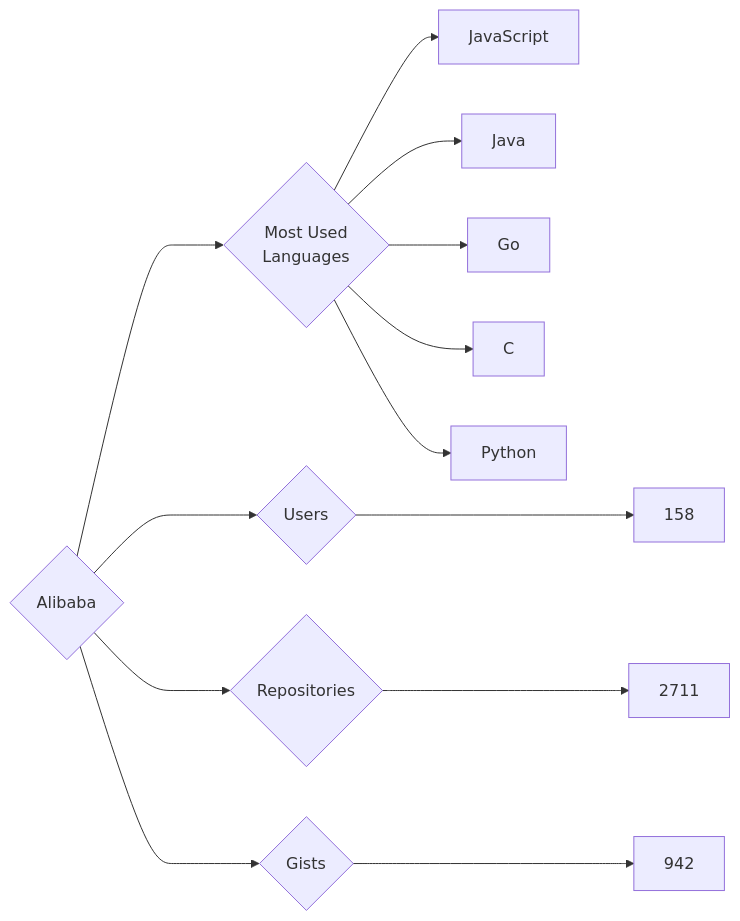
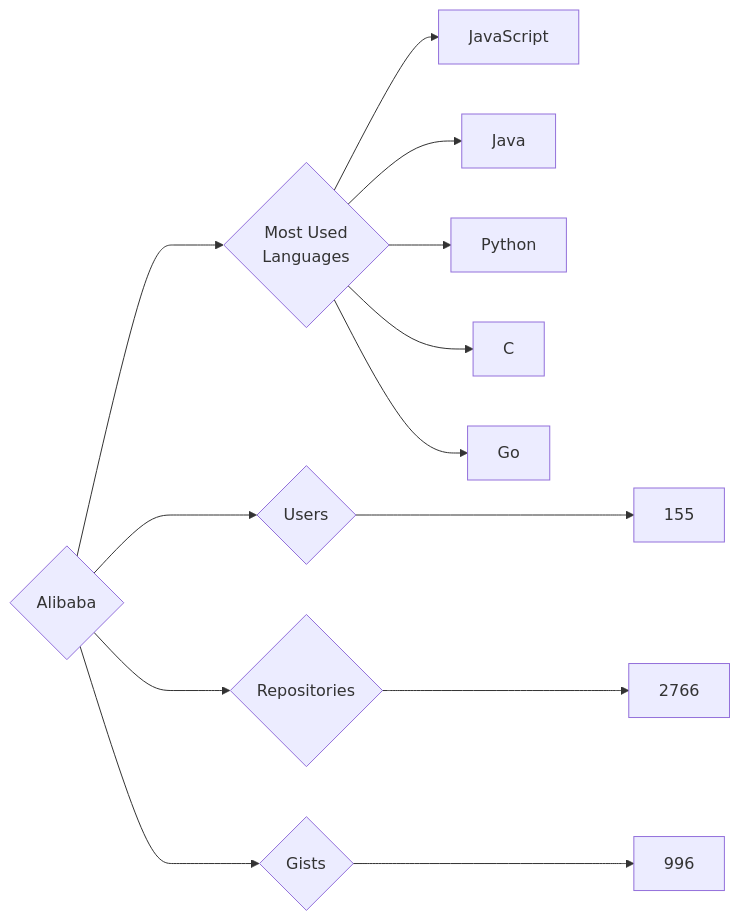
The diagram in targets/Alibaba/README.md (trickest/insiders), drawn with Mermaid before and after one commit. The commit also changed 894 other files, not shown here.

````diff
--- a/targets/Alibaba/README.md
+++ b/targets/Alibaba/README.md
@@ -3,13 +3,13 @@
 ```mermaid
 graph LR
 COMPANY_NAME{Alibaba}
-COMPANY_NAME ---> U{Users} ---> UN[158]
-COMPANY_NAME ---> R{Repositories} ---> RN[2711]
-COMPANY_NAME ---> G{Gists} ---> GN[942]
+COMPANY_NAME ---> U{Users} ---> UN[155]
+COMPANY_NAME ---> R{Repositories} ---> RN[2766]
+COMPANY_NAME ---> G{Gists} ---> GN[996]
 COMPANY_NAME ---> ML{Most Used<br>Languages}
 ML --> JavaScript[JavaScript]
 ML --> Java[Java]
+ML --> Python[Python]
+ML --> C[C]
 ML --> Go[Go]
-ML --> C[C]
-ML --> Python[Python]
 ```
````
